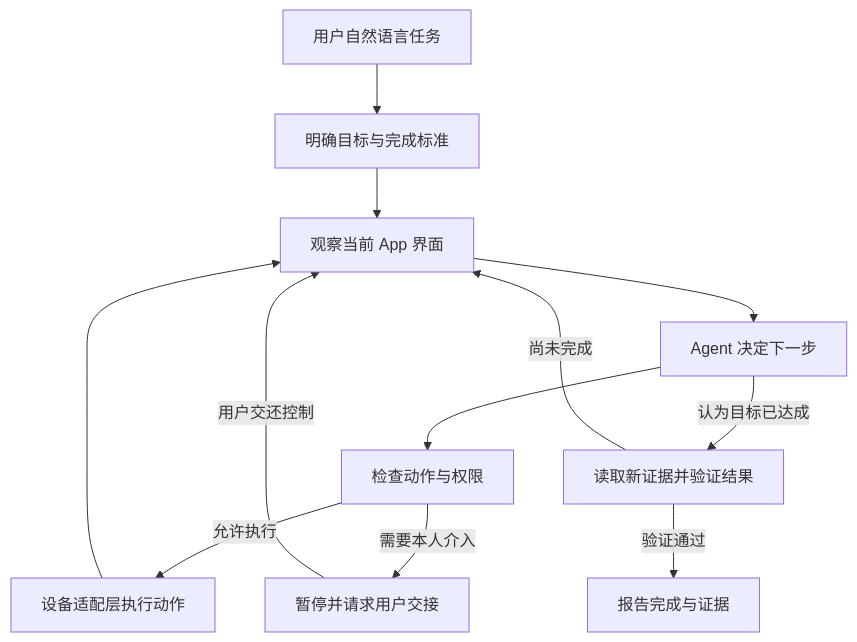
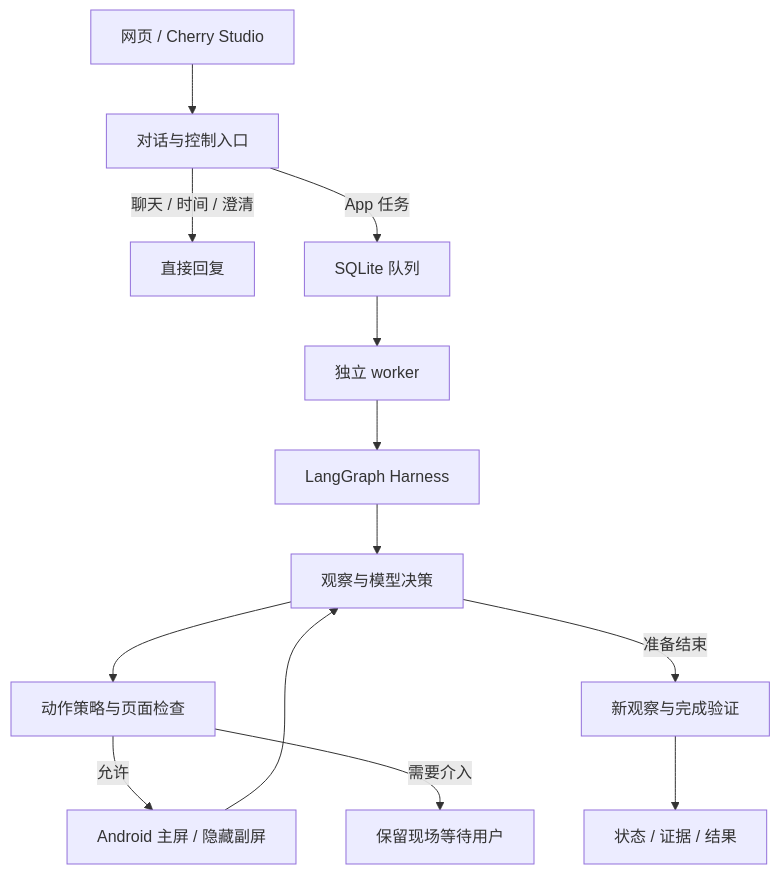
The diagram in README.md (Zhejian-Zheng/sidecar), drawn with Mermaid before and after one commit. The commit also changed other lines of this file, not shown here.

````diff
--- a/README.md
+++ b/README.md
@@ -306,14 +313,15 @@
 ```mermaid
 flowchart TD
-    A[用户自然语言任务] --> B[明确目标与完成标准]
-    B --> C[观察当前 App 界面]
-    C --> D[Agent 决定下一步]
-    D --> E[检查动作与权限]
-    E -->|允许执行| F[设备适配层执行动作]
-    F --> C
-    E -->|需要本人介入| G[暂停并请求用户交接]
-    G -->|用户交还控制| C
-    D -->|认为目标已达成| H[读取新证据并验证结果]
-    H -->|尚未完成| C
-    H -->|验证通过| I[报告完成与证据]
+    U[网页 / Cherry Studio] --> C[对话与控制入口]
+    C -->|聊天 / 时间 / 澄清| R[直接回复]
+    C -->|App 任务| Q[SQLite 队列]
+    Q --> W[独立 worker]
+    W --> H[LangGraph Harness]
+    H --> O[观察与模型决策]
+    O --> P[动作策略与页面检查]
+    P -->|允许| A[Android 主屏 / 隐藏副屏]
+    A --> O
+    P -->|需要介入| I[保留现场等待用户]
+    O -->|准备结束| V[新观察与完成验证]
+    V --> S[状态 / 证据 / 结果]
 ```
````
